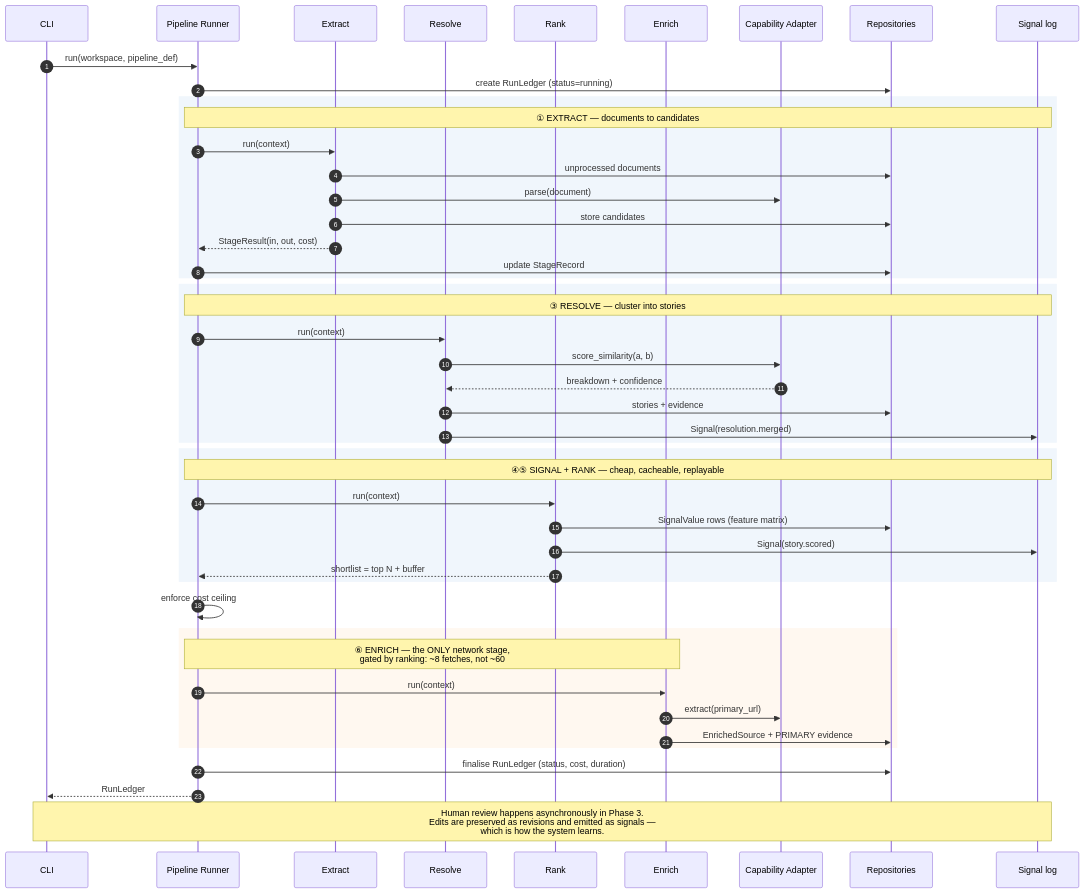
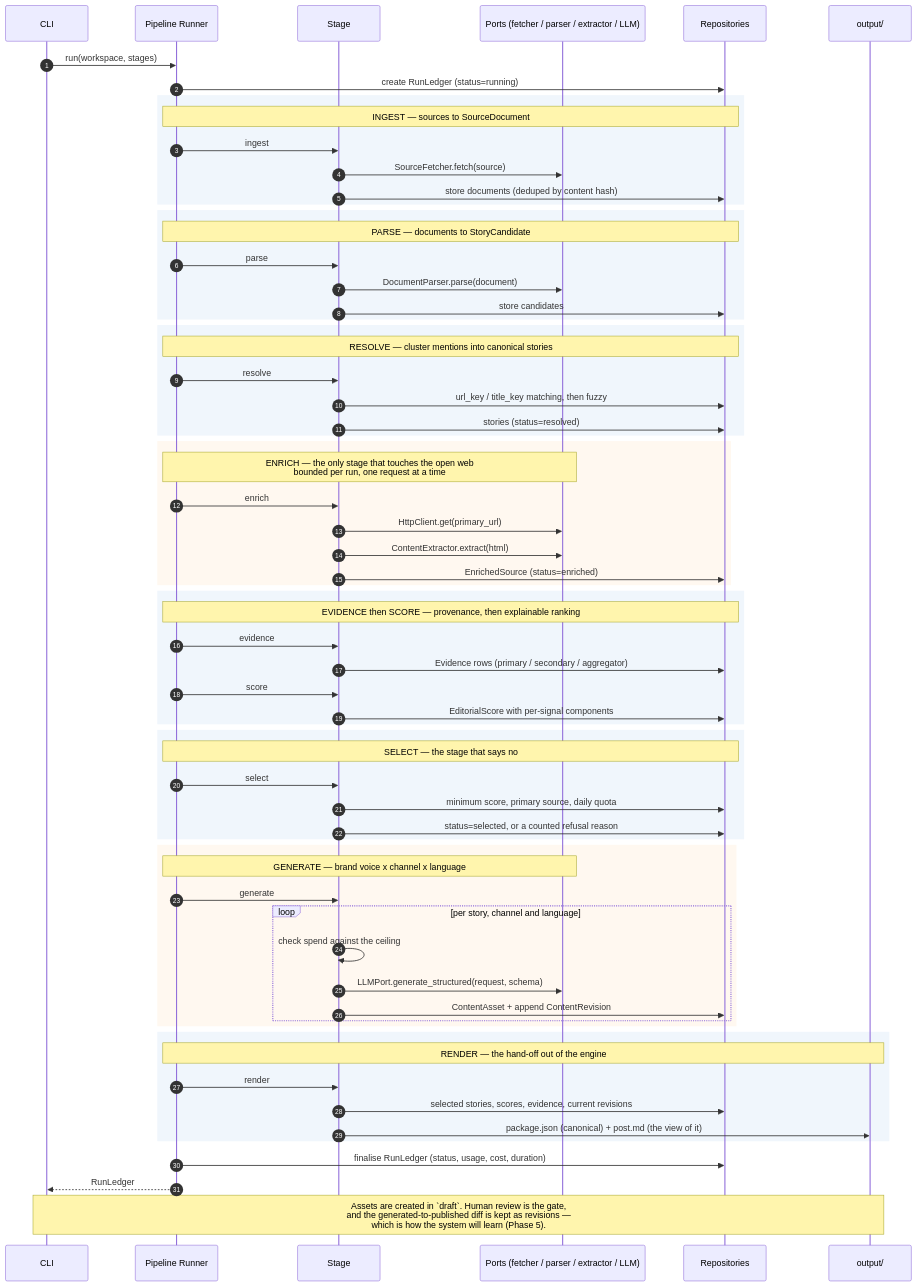
One commit to basltamr31-glitch/AI-Media-Engine changed the sixth of 6 diagrams in docs/DIAGRAMS.md. Above: the diagram before and after it, drawn with Mermaid. The commit also changed other lines of this file and 163 other files, not shown here.

````diff
--- a/docs/DIAGRAMS.md
+++ b/docs/DIAGRAMS.md
@@ -258,57 +271,79 @@
 ```mermaid
 sequenceDiagram
     autonumber
     participant CLI
     participant Runner as Pipeline Runner
-    participant Extract
-    participant Resolve
-    participant Rank
-    participant Enrich
-    participant Caps as Capability Adapter
+    participant Stage
+    participant Ports as Ports (fetcher / parser / extractor / LLM)
     participant Repo as Repositories
-    participant Log as Signal log
+    participant FS as output/
 
-    CLI->>Runner: run(workspace, pipeline_def)
+    CLI->>Runner: run(workspace, stages)
     Runner->>Repo: create RunLedger (status=running)
 
     rect rgb(240, 246, 252)
-    note over Runner,Log: ① EXTRACT — documents to candidates
-    Runner->>Extract: run(context)
-    Extract->>Repo: unprocessed documents
-    Extract->>Caps: parse(document)
-    Extract->>Repo: store candidates
-    Extract-->>Runner: StageResult(in, out, cost)
-    Runner->>Repo: update StageRecord
+    note over Runner,Repo: INGEST — sources to SourceDocument
+    Runner->>Stage: ingest
+    Stage->>Ports: SourceFetcher.fetch(source)
+    Stage->>Repo: store documents (deduped by content hash)
     end
 
     rect rgb(240, 246, 252)
-    note over Runner,Log: ③ RESOLVE — cluster into stories
-    Runner->>Resolve: run(context)
-    Resolve->>Caps: score_similarity(a, b)
-    Caps-->>Resolve: breakdown + confidence
-    Resolve->>Repo: stories + evidence
-    Resolve->>Log: Signal(resolution.merged)
+    note over Runner,Repo: PARSE — documents to StoryCandidate
+    Runner->>Stage: parse
+    Stage->>Ports: DocumentParser.parse(document)
+    Stage->>Repo: store candidates
     end
 
     rect rgb(240, 246, 252)
-    note over Runner,Log: ④⑤ SIGNAL + RANK — cheap, cacheable, replayable
-    Runner->>Rank: run(context)
-    Rank->>Repo: SignalValue rows (feature matrix)
-    Rank->>Log: Signal(story.scored)
-    Rank-->>Runner: shortlist = top N + buffer
+    note over Runner,Repo: RESOLVE — cluster mentions into canonical stories
+    Runner->>Stage: resolve
+    Stage->>Repo: url_key / title_key matching, then fuzzy
+    Stage->>Repo: stories (status=resolved)
     end
 
-    Runner->>Runner: enforce cost ceiling
+    rect rgb(255, 248, 240)
+    note over Runner,Ports: ENRICH — the only stage that touches the open web<br/>bounded per run, one request at a time
+    Runner->>Stage: enrich
+    Stage->>Ports: HttpClient.get(primary_url)
+    Stage->>Ports: ContentExtractor.extract(html)
+    Stage->>Repo: EnrichedSource (status=enriched)
+    end
+
+    rect rgb(240, 246, 252)
+    note over Runner,Repo: EVIDENCE then SCORE — provenance, then explainable ranking
+    Runner->>Stage: evidence
+    Stage->>Repo: Evidence rows (primary / secondary / aggregator)
+    Runner->>Stage: score
+    Stage->>Repo: EditorialScore with per-signal components
+    end
+
+    rect rgb(240, 246, 252)
+    note over Runner,Repo: SELECT — the stage that says no
+    Runner->>Stage: select
+    Stage->>Repo: minimum score, primary source, daily quota
+    Stage->>Repo: status=selected, or a counted refusal reason
+    end
 
     rect rgb(255, 248, 240)
-    note over Runner,Enrich: ⑥ ENRICH — the ONLY network stage,<br/>gated by ranking: ~8 fetches, not ~60
-    Runner->>Enrich: run(context)
-    Enrich->>Caps: extract(primary_url)
-    Enrich->>Repo: EnrichedSource + PRIMARY evidence
+    note over Runner,Ports: GENERATE — brand voice x channel x language
+    Runner->>Stage: generate
+    loop per story, channel and language
+        Stage->>Stage: check spend against the ceiling
+        Stage->>Ports: LLMPort.generate_structured(request, schema)
+        Stage->>Repo: ContentAsset + append ContentRevision
+    end
     end
 
-    Runner->>Repo: finalise RunLedger (status, cost, duration)
+    rect rgb(240, 246, 252)
+    note over Runner,FS: RENDER — the hand-off out of the engine
+    Runner->>Stage: render
+    Stage->>Repo: selected stories, scores, evidence, current revisions
+    Stage->>FS: package.json (canonical) + post.md (the view of it)
+    end
+
+    Runner->>Repo: finalise RunLedger (status, usage, cost, duration)
     Runner-->>CLI: RunLedger
 
-    note over CLI,Log: Human review happens asynchronously in Phase 3.<br/>Edits are preserved as revisions and emitted as signals —<br/>which is how the system learns.
+    note over CLI,FS: Assets are created in `draft`. Human review is the gate,<br/>and the generated-to-published diff is kept as revisions —<br/>which is how the system will learn (Phase 5).
 ```
````
